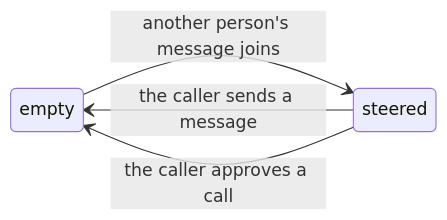
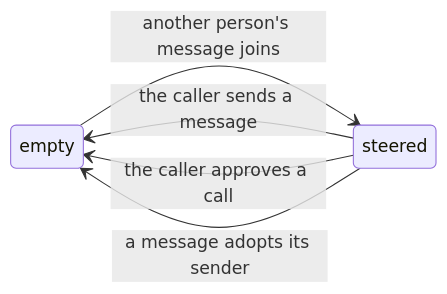
Before and after one commit to vercel/eve: the diagram in research/principal-policy.md, drawn with Mermaid. The commit also changed other lines of this file and 53 other files, not shown here.

````diff
--- a/research/principal-policy.md
+++ b/research/principal-policy.md
@@ -90,7 +99,8 @@
 ```mermaid
 stateDiagram-v2
   direction LR
   empty --> steered: another person's message joins
   steered --> empty: the caller sends a message
   steered --> empty: the caller approves a call
+  steered --> empty: a message adopts its sender
 ```
````
